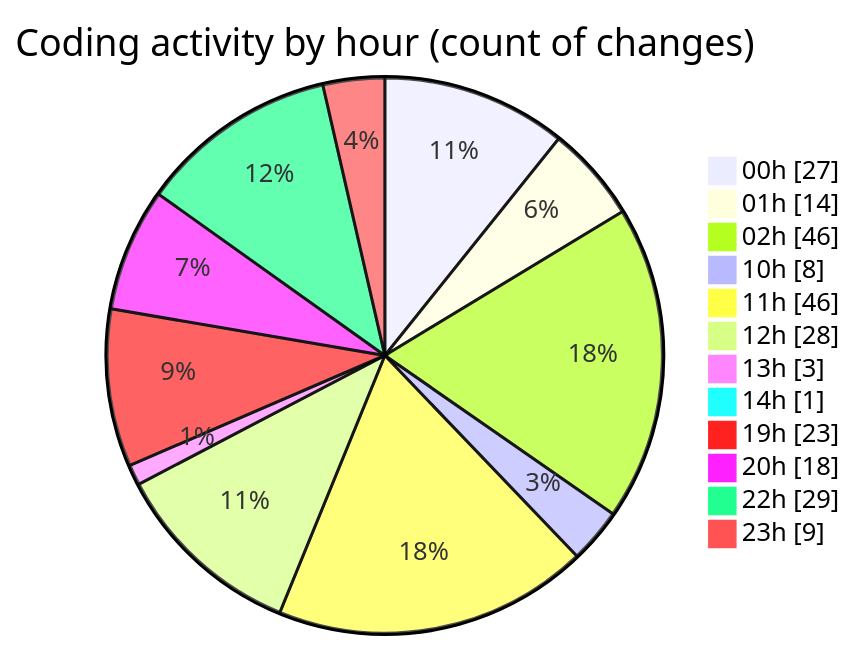
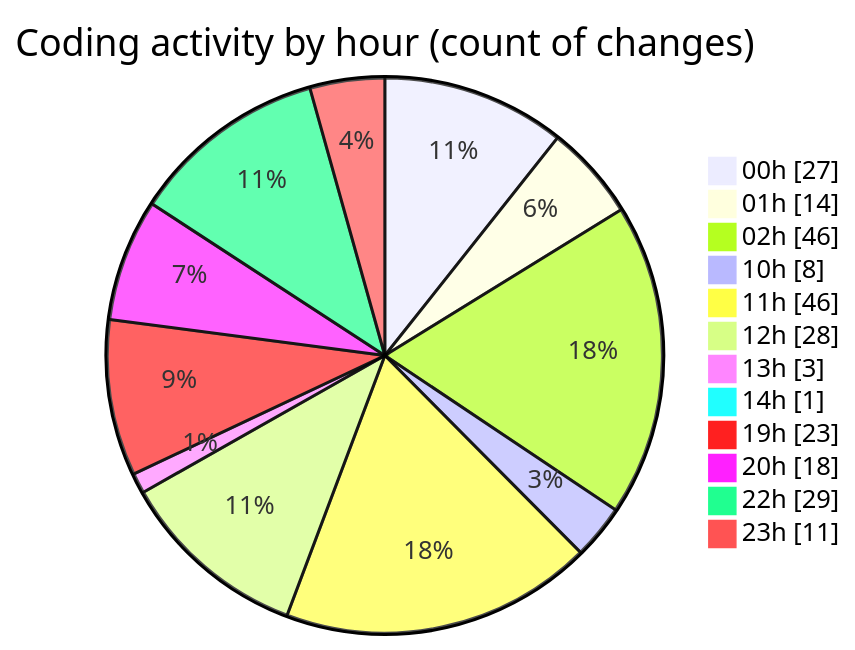
Before and after one commit to lephambinh05/code-tracking: the second of 2 diagrams in 2025-07-17/nhahang/README.md, drawn with Mermaid. The commit also changed other lines of this file and 1 other file, not shown here.

````diff
--- a/2025-07-17/nhahang/README.md
+++ b/2025-07-17/nhahang/README.md
@@ -104,16 +104,16 @@
 ```mermaid
 pie showData
 title Coding activity by hour (count of changes)
 "00h" : 27
 "01h" : 14
 "02h" : 46
 "10h" : 8
 "11h" : 46
 "12h" : 28
 "13h" : 3
 "14h" : 1
 "19h" : 23
 "20h" : 18
 "22h" : 29
-"23h" : 9
+"23h" : 11
 ```
````
